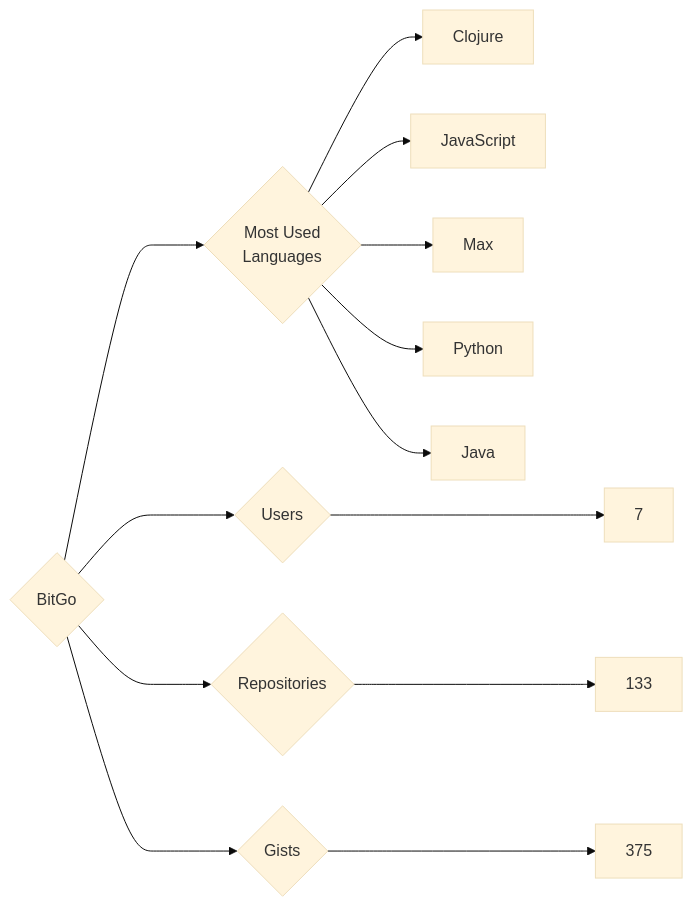
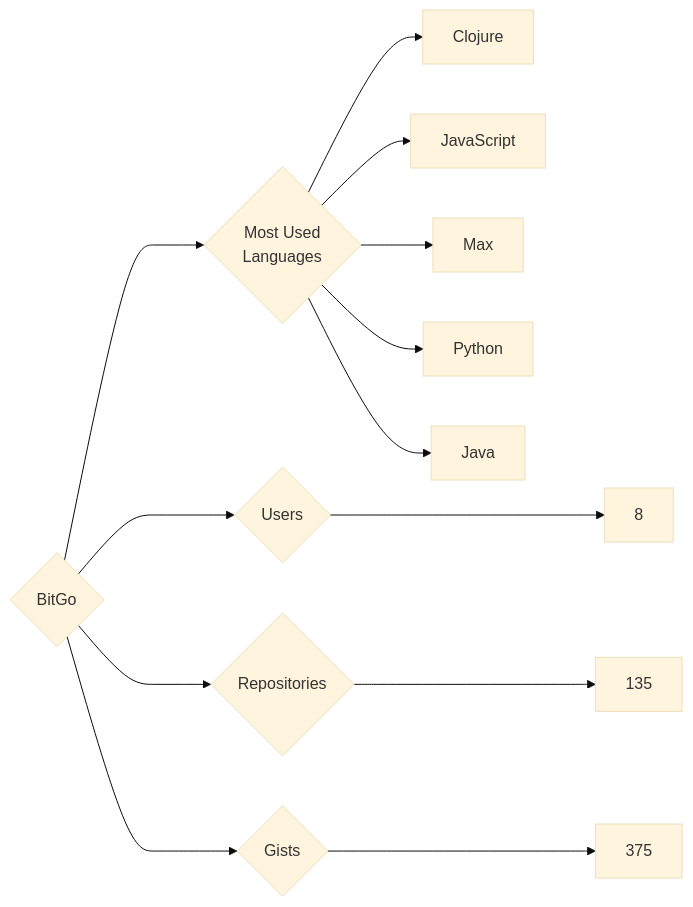
Before and after one commit to trickest/insiders: the diagram in targets/BitGo/README.md, drawn with Mermaid (base theme). The commit also changed 1055 other files, not shown here.

````diff
--- a/targets/BitGo/README.md
+++ b/targets/BitGo/README.md
@@ -3,13 +3,13 @@
 ```mermaid
 graph LR
 COMPANY_NAME{BitGo}
-COMPANY_NAME ---> U{Users} ---> UN[7]
-COMPANY_NAME ---> R{Repositories} ---> RN[133]
+COMPANY_NAME ---> U{Users} ---> UN[8]
+COMPANY_NAME ---> R{Repositories} ---> RN[135]
 COMPANY_NAME ---> G{Gists} ---> GN[375]
 COMPANY_NAME ---> ML{Most Used<br>Languages}
 ML --> Clojure[Clojure]
 ML --> JavaScript[JavaScript]
 ML --> Max[Max]
 ML --> Python[Python]
 ML --> Java[Java]
 ```
````
